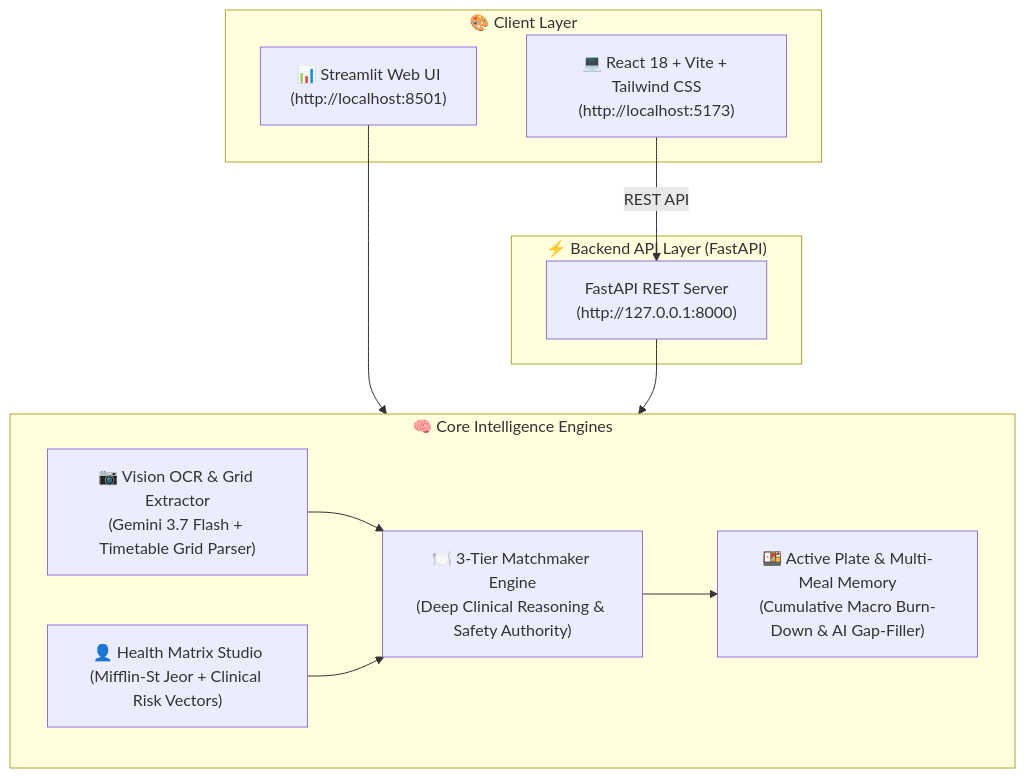
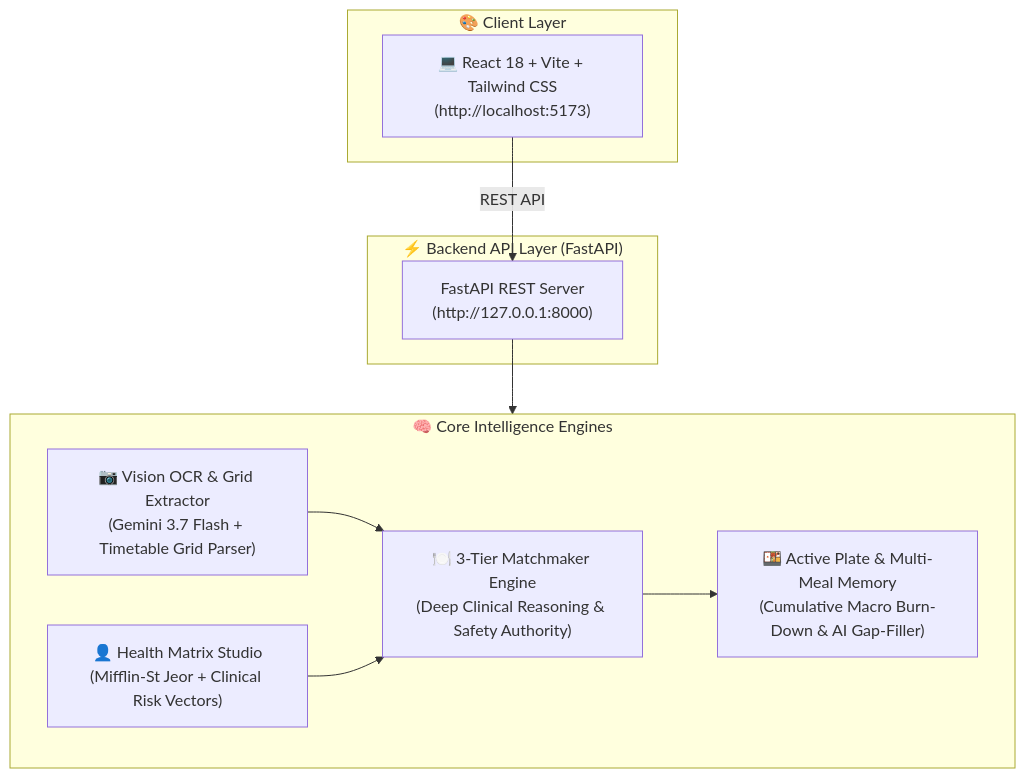
The diagram in README.md (CodeClosed/AI-Project), drawn with Mermaid before and after one commit. The commit also changed other lines of this file and 37 other files, not shown here.

````diff
--- a/README.md
+++ b/README.md
@@ -17,25 +17,23 @@
 ```mermaid
 graph TD
     subgraph UI ["🎨 Client Layer"]
         ReactUI["💻 React 18 + Vite + Tailwind CSS<br/>(http://localhost:5173)"]
-        StreamlitUI["📊 Streamlit Web UI<br/>(http://localhost:8501)"]
     end
 
     subgraph Backend ["⚡ Backend API Layer (FastAPI)"]
         API["FastAPI REST Server<br/>(http://127.0.0.1:8000)"]
     end
 
     subgraph Engines ["🧠 Core Intelligence Engines"]
         M1["📷 Vision OCR & Grid Extractor<br/>(Gemini 3.7 Flash + Timetable Grid Parser)"]
         M2["👤 Health Matrix Studio<br/>(Mifflin-St Jeor + Clinical Risk Vectors)"]
         M3["🍽️ 3-Tier Matchmaker Engine<br/>(Deep Clinical Reasoning & Safety Authority)"]
         M4["🍱 Active Plate & Multi-Meal Memory<br/>(Cumulative Macro Burn-Down & AI Gap-Filler)"]
     end
 
     ReactUI -->|REST API| API
-    StreamlitUI --> Engines
     API --> Engines
     M1 --> M3
     M2 --> M3
     M3 --> M4
 ```
````
